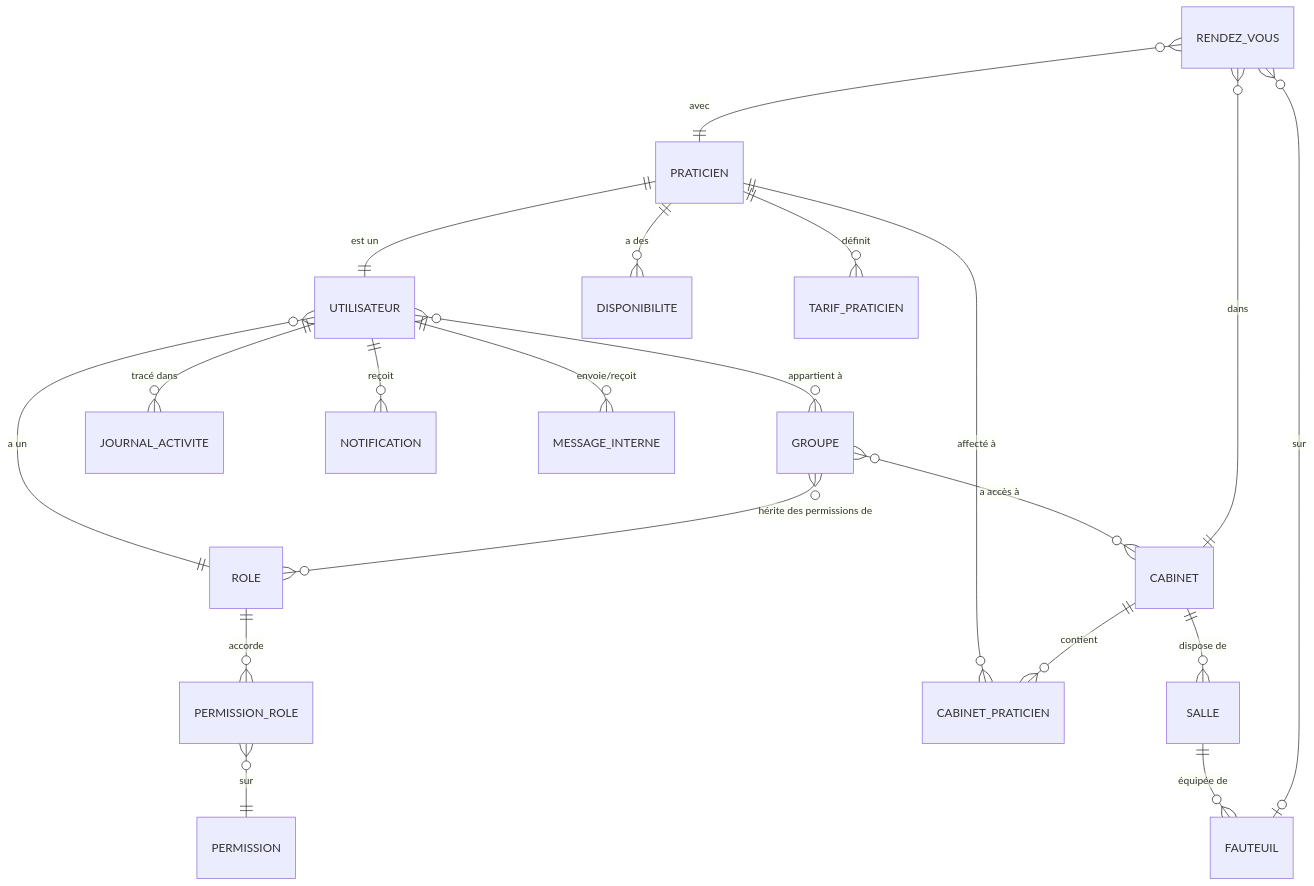
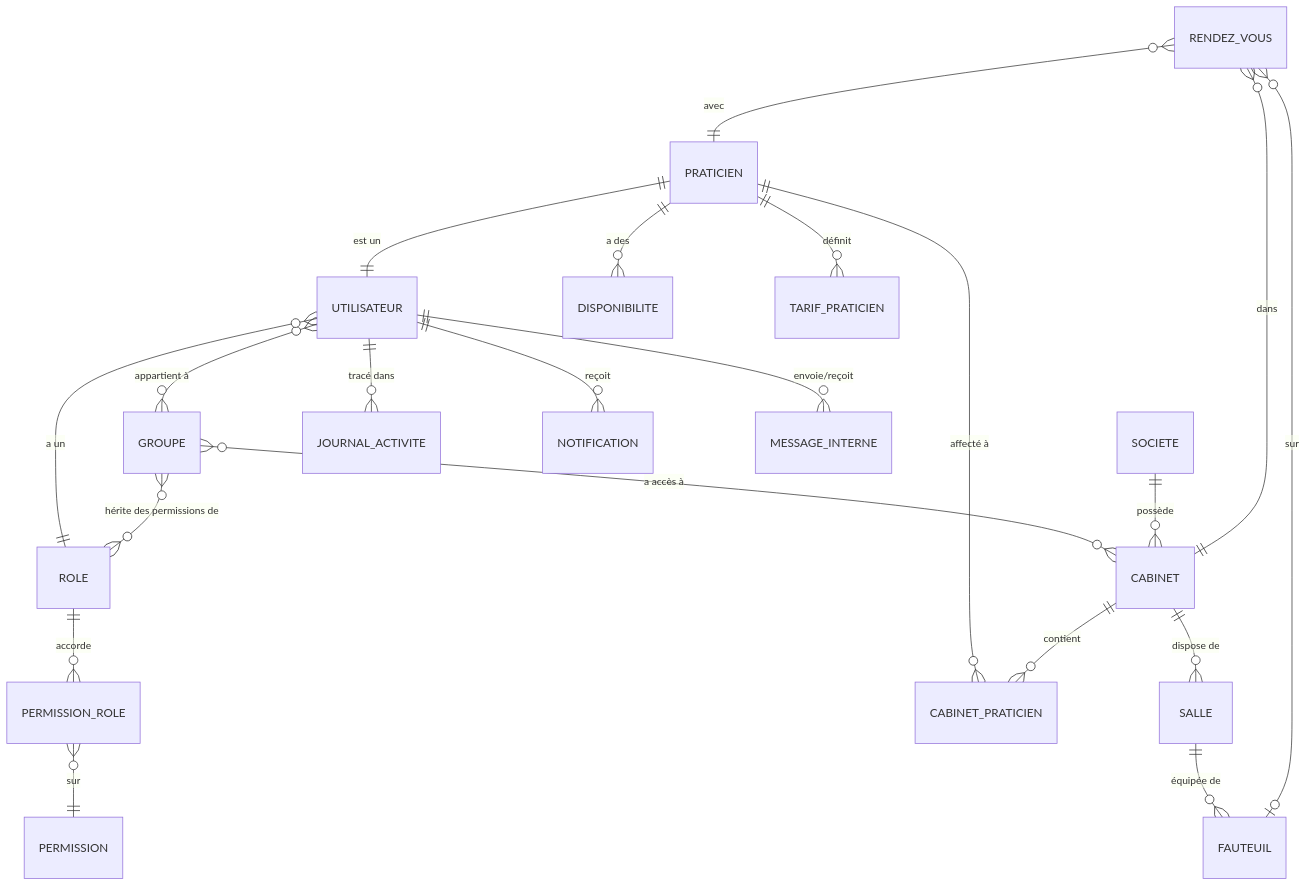
The fifth of 5 diagrams in Analyse/docs/modelisation_mcd.md (DonArhouna/SysDent), drawn with Mermaid before and after one commit. The commit also changed other lines of this file and 6 other files, not shown here.

Commit message:
Add Multi-tenant Architecture documentation (Sage X3 Multi-DB logic)

````diff
--- a/Analyse/docs/modelisation_mcd.md
+++ b/Analyse/docs/modelisation_mcd.md
@@ -86,26 +107,27 @@
 ```mermaid
 erDiagram
     UTILISATEUR }o--o{ GROUPE : "appartient à"
     UTILISATEUR }o--|| ROLE : "a un"
     GROUPE }o--o{ ROLE : "hérite des permissions de"
     GROUPE }o--o{ CABINET : "a accès à"
     ROLE ||--o{ PERMISSION_ROLE : "accorde"
     PERMISSION_ROLE }o--|| PERMISSION : "sur"
 
     PRATICIEN ||--|| UTILISATEUR : "est un"
     PRATICIEN ||--o{ CABINET_PRATICIEN : "affecté à"
     PRATICIEN ||--o{ DISPONIBILITE : "a des"
     PRATICIEN ||--o{ TARIF_PRATICIEN : "définit"
 
     CABINET ||--o{ CABINET_PRATICIEN : "contient"
+    SOCIETE ||--o{ CABINET : "possède"
     CABINET ||--o{ SALLE : "dispose de"
     SALLE ||--o{ FAUTEUIL : "équipée de"
 
     RENDEZ_VOUS }o--|| PRATICIEN : "avec"
     RENDEZ_VOUS }o--|| CABINET : "dans"
     RENDEZ_VOUS }o--o| FAUTEUIL : "sur"
 
     UTILISATEUR ||--o{ JOURNAL_ACTIVITE : "tracé dans"
     UTILISATEUR ||--o{ NOTIFICATION : "reçoit"
     UTILISATEUR ||--o{ MESSAGE_INTERNE : "envoie/reçoit"
 ```
````
